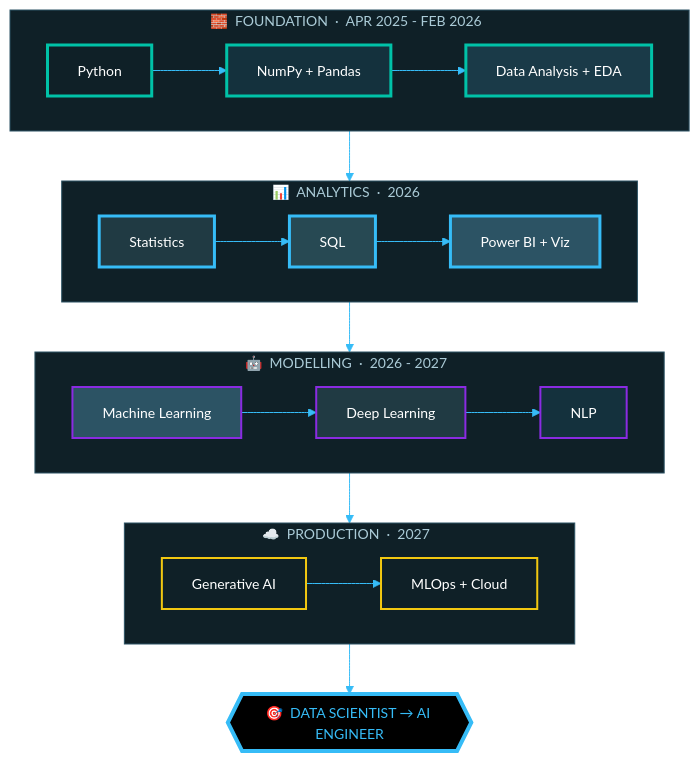
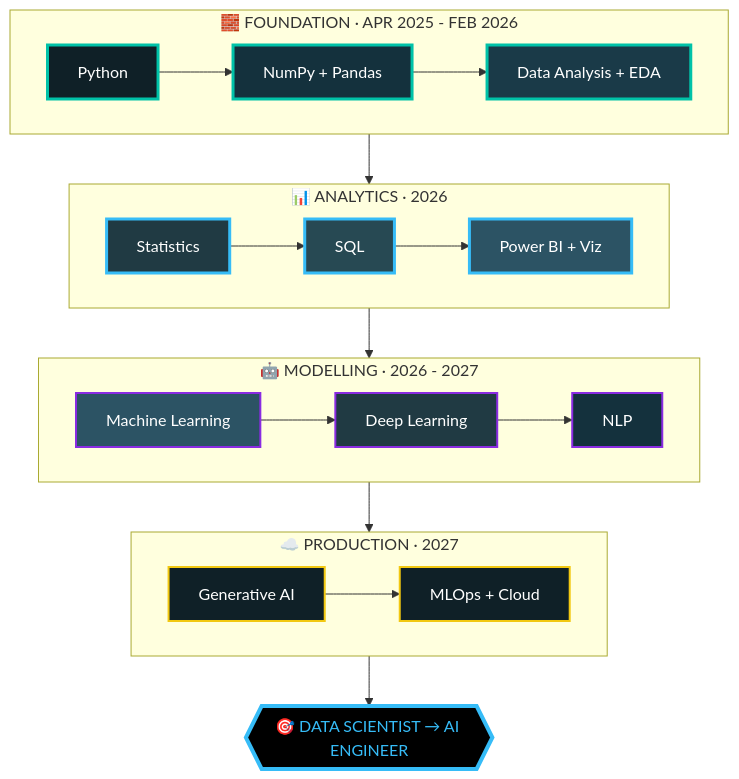
The second of 5 diagrams in README.md (NEERAJSINGHDANU07/NEERAJSINGHDANU07), drawn with Mermaid before and after one commit. The commit also changed other lines of this file, not shown here.

````diff
--- a/README.md
+++ b/README.md
@@ -214,34 +163,35 @@
 ```mermaid
-%%{init: {'theme':'base','themeVariables':{'fontFamily':'Fira Code, monospace','fontSize':'14px','primaryColor':'#203A43','primaryTextColor':'#FFFFFF','primaryBorderColor':'#36BCF7','lineColor':'#36BCF7','clusterBkg':'#0F2027','clusterBorder':'#2C5364'}}}%%
 flowchart TD
-    subgraph FOUNDATION["🧱 &nbsp;FOUNDATION &nbsp;·&nbsp; APR 2025 - FEB 2026 &nbsp;"]
+    subgraph FOUNDATION["🧱 FOUNDATION · APR 2025 - FEB 2026"]
         direction LR
         A[Python] --> B[NumPy + Pandas] --> C[Data Analysis + EDA]
     end
-    subgraph ANALYTICS["📊 &nbsp;ANALYTICS &nbsp;·&nbsp; 2026 &nbsp;"]
+    subgraph ANALYTICS["📊 ANALYTICS · 2026"]
         direction LR
         D[Statistics] --> E[SQL] --> F[Power BI + Viz]
     end
-    subgraph MODELLING["🤖 &nbsp;MODELLING &nbsp;·&nbsp; 2026 - 2027 &nbsp;"]
+    subgraph MODELLING["🤖 MODELLING · 2026 - 2027"]
         direction LR
         G[Machine Learning] --> H[Deep Learning] --> I[NLP]
     end
-    subgraph PRODUCTION["☁️ &nbsp;PRODUCTION &nbsp;·&nbsp; 2027 &nbsp;"]
+    subgraph PRODUCTION["☁️ PRODUCTION · 2027"]
         direction LR
         J[Generative AI] --> K[MLOps + Cloud]
     end
+    
     FOUNDATION --> ANALYTICS --> MODELLING --> PRODUCTION
-    PRODUCTION --> L{{"🎯 &nbsp;DATA SCIENTIST → AI ENGINEER"}}
+    PRODUCTION --> L{{"🎯 DATA SCIENTIST → AI ENGINEER"}}
+    
     style A fill:#0F2027,stroke:#00C2A8,stroke-width:3px,color:#FFFFFF
     style B fill:#14313D,stroke:#00C2A8,stroke-width:3px,color:#FFFFFF
     style C fill:#1A3A48,stroke:#00C2A8,stroke-width:3px,color:#FFFFFF
     style D fill:#203A43,stroke:#36BCF7,stroke-width:3px,color:#FFFFFF
     style E fill:#274953,stroke:#36BCF7,stroke-width:3px,color:#FFFFFF
     style F fill:#2C5364,stroke:#36BCF7,stroke-width:3px,color:#FFFFFF
     style G fill:#2C5364,stroke:#8A2BE2,stroke-width:2px,color:#FFFFFF
     style H fill:#203A43,stroke:#8A2BE2,stroke-width:2px,color:#FFFFFF
     style I fill:#14313D,stroke:#8A2BE2,stroke-width:2px,color:#FFFFFF
     style J fill:#0F2027,stroke:#F2C811,stroke-width:2px,color:#FFFFFF
     style K fill:#0F2027,stroke:#F2C811,stroke-width:2px,color:#FFFFFF
     style L fill:#000000,stroke:#36BCF7,stroke-width:4px,color:#36BCF7
 ```
````
